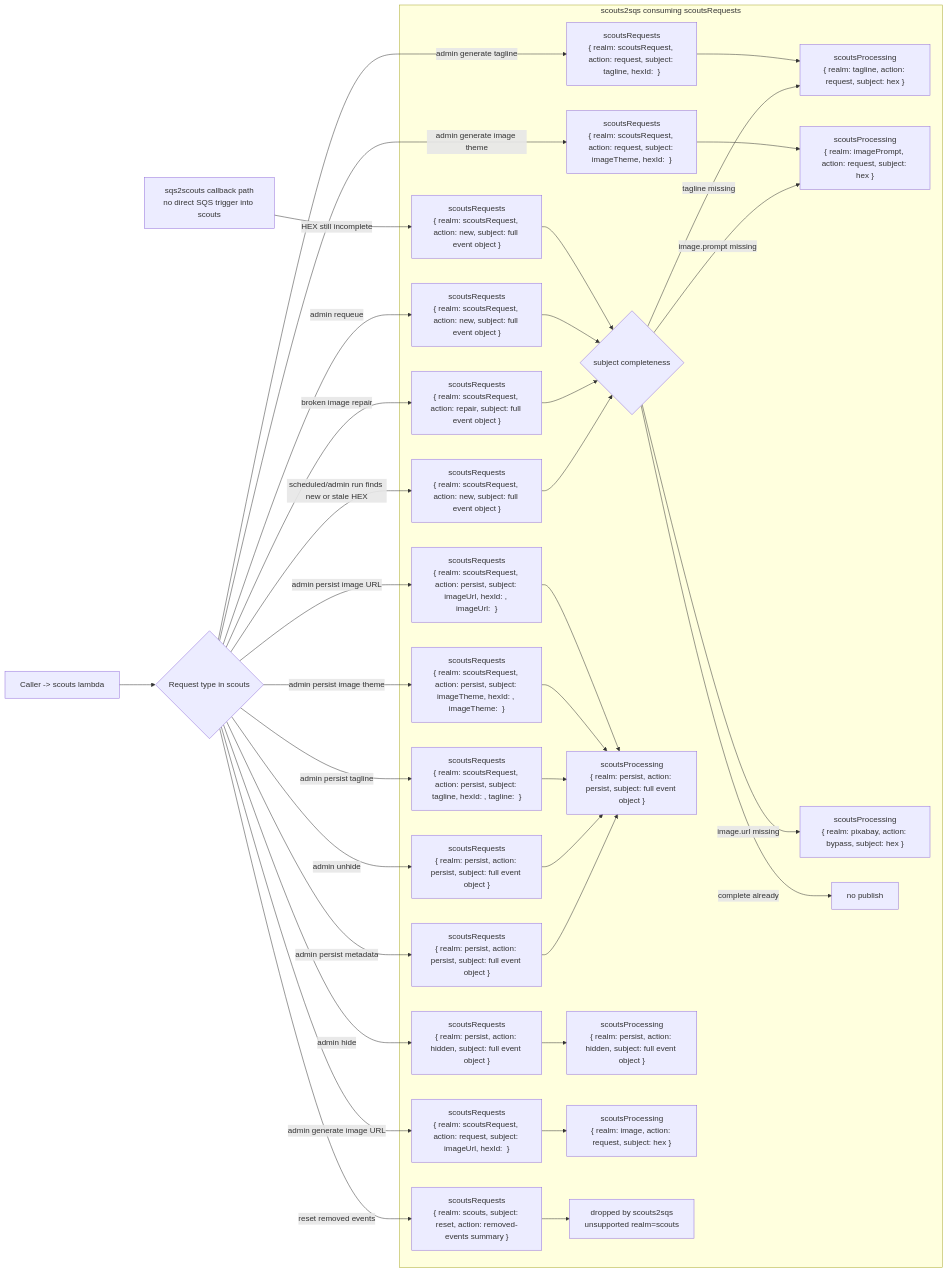
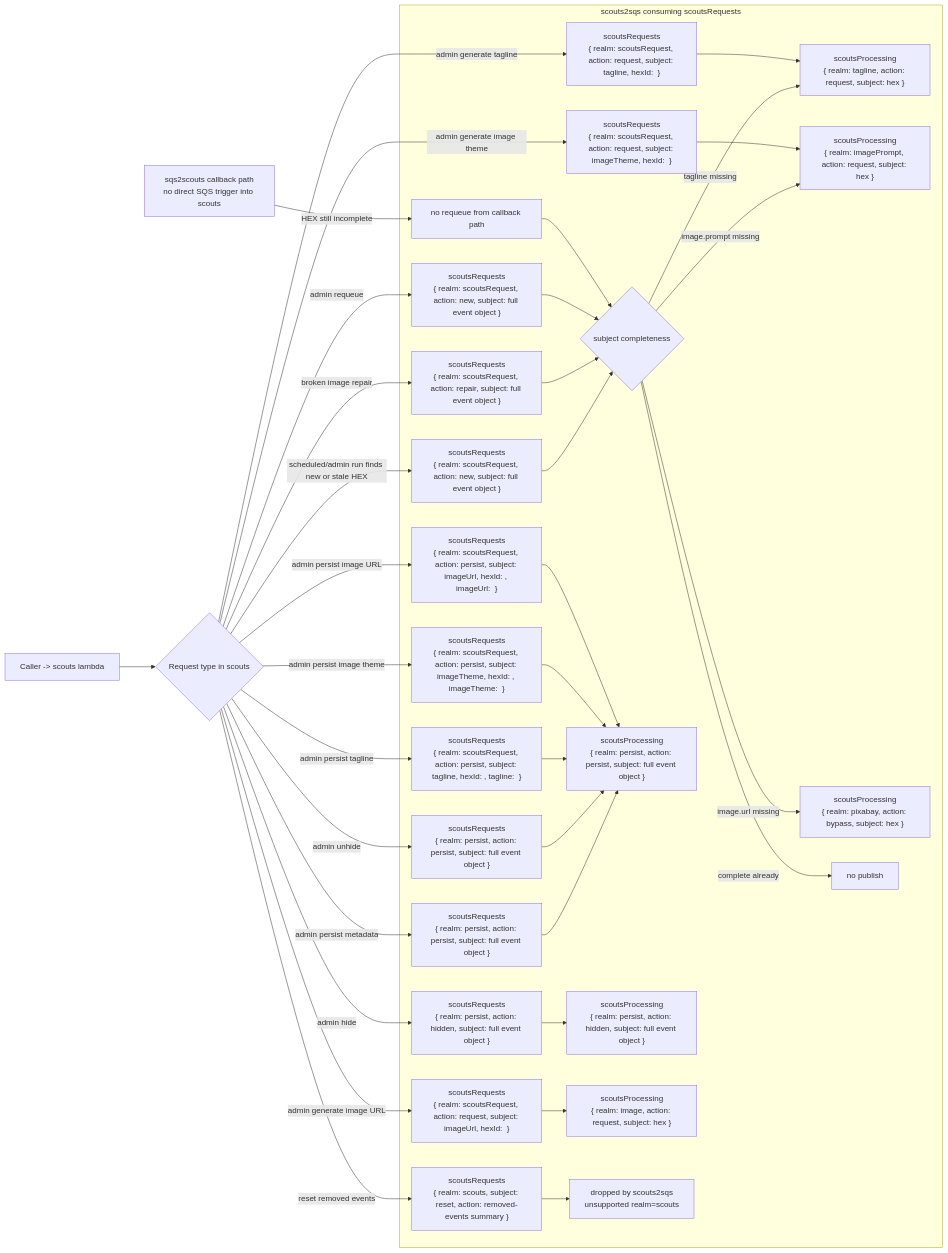
Before and after one commit to antonio1000homens/scouts: the diagram in lambdas/scouts/docs/SCOUTS-REQUEST-PIPELINE.md, drawn with Mermaid. The commit also changed other lines of this file and 5 other files, not shown here.

````diff
--- a/lambdas/scouts/docs/SCOUTS-REQUEST-PIPELINE.md
+++ b/lambdas/scouts/docs/SCOUTS-REQUEST-PIPELINE.md
@@ -20,43 +20,43 @@
 ```mermaid
 flowchart LR
     A["Caller -> scouts lambda"] --> B{"Request type in scouts"}
 
     B -->|"scheduled/admin run finds new or stale HEX"| Q1["scoutsRequests\n{ realm: scoutsRequest, action: new, subject: full event object }"]
     B -->|"broken image repair"| Q2["scoutsRequests\n{ realm: scoutsRequest, action: repair, subject: full event object }"]
     B -->|"admin requeue"| Q3["scoutsRequests\n{ realm: scoutsRequest, action: new, subject: full event object }"]
     B -->|"admin persist metadata"| Q4["scoutsRequests\n{ realm: persist, action: persist, subject: full event object }"]
     B -->|"admin hide"| Q5["scoutsRequests\n{ realm: persist, action: hidden, subject: full event object }"]
     B -->|"admin unhide"| Q6["scoutsRequests\n{ realm: persist, action: persist, subject: full event object }"]
     B -->|"admin generate tagline"| Q7["scoutsRequests\n{ realm: scoutsRequest, action: request, subject: tagline, hexId: <hex> }"]
     B -->|"admin generate image theme"| Q8["scoutsRequests\n{ realm: scoutsRequest, action: request, subject: imageTheme, hexId: <hex> }"]
     B -->|"admin persist tagline"| Q12["scoutsRequests\n{ realm: scoutsRequest, action: persist, subject: tagline, hexId: <hex>, tagline: <value> }"]
     B -->|"admin persist image theme"| Q13["scoutsRequests\n{ realm: scoutsRequest, action: persist, subject: imageTheme, hexId: <hex>, imageTheme: <value> }"]
     B -->|"admin generate image URL"| Q9["scoutsRequests\n{ realm: scoutsRequest, action: request, subject: imageUrl, hexId: <hex> }"]
     B -->|"admin persist image URL"| Q14["scoutsRequests\n{ realm: scoutsRequest, action: persist, subject: imageUrl, hexId: <hex>, imageUrl: <value> }"]
     B -->|"reset removed events"| Q10["scoutsRequests\n{ realm: scouts, subject: reset, action: removed-events summary }"]
 
-    C["sqs2scouts callback path\nno direct SQS trigger into scouts"] -->|"HEX still incomplete"| Q11["scoutsRequests\n{ realm: scoutsRequest, action: new, subject: full event object }"]
+    C["sqs2scouts callback path\nno direct SQS trigger into scouts"] -->|"HEX still incomplete"| Q11["no requeue from callback path"]
 
     subgraph D["scouts2sqs consuming scoutsRequests"]
         Q1 --> E{"subject completeness"}
         Q2 --> E
         Q3 --> E
         Q11 --> E
 
         E -->|"tagline missing"| P1["scoutsProcessing\n{ realm: tagline, action: request, subject: hex }"]
         E -->|"image.prompt missing"| P2["scoutsProcessing\n{ realm: imagePrompt, action: request, subject: hex }"]
         E -->|"image.url missing"| P3["scoutsProcessing\n{ realm: pixabay, action: bypass, subject: hex }"]
         E -->|"complete already"| X1["no publish"]
 
         Q4 --> P4["scoutsProcessing\n{ realm: persist, action: persist, subject: full event object }"]
         Q5 --> P5["scoutsProcessing\n{ realm: persist, action: hidden, subject: full event object }"]
         Q6 --> P4
         Q7 --> P1
         Q8 --> P2
         Q12 --> P4
         Q13 --> P4
         Q9 --> P6["scoutsProcessing\n{ realm: image, action: request, subject: hex }"]
         Q14 --> P4
         Q10 --> X2["dropped by scouts2sqs\nunsupported realm=scouts"]
     end
 ```
````
